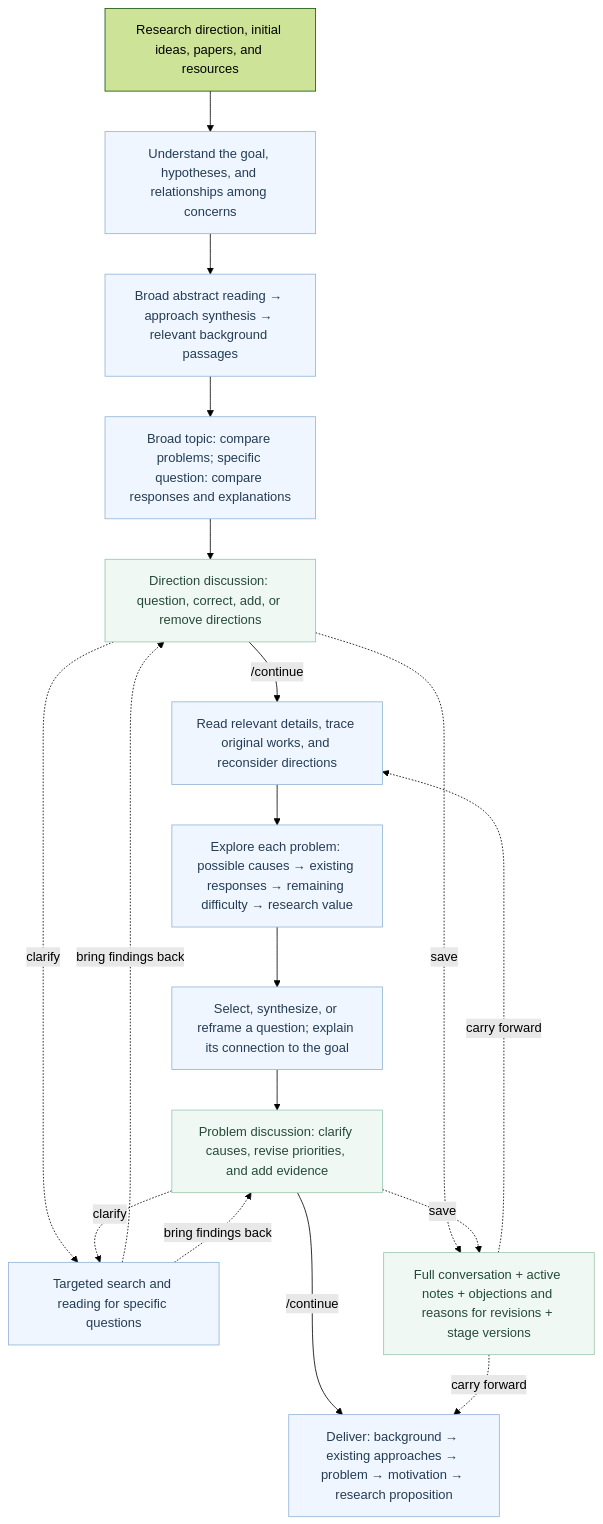
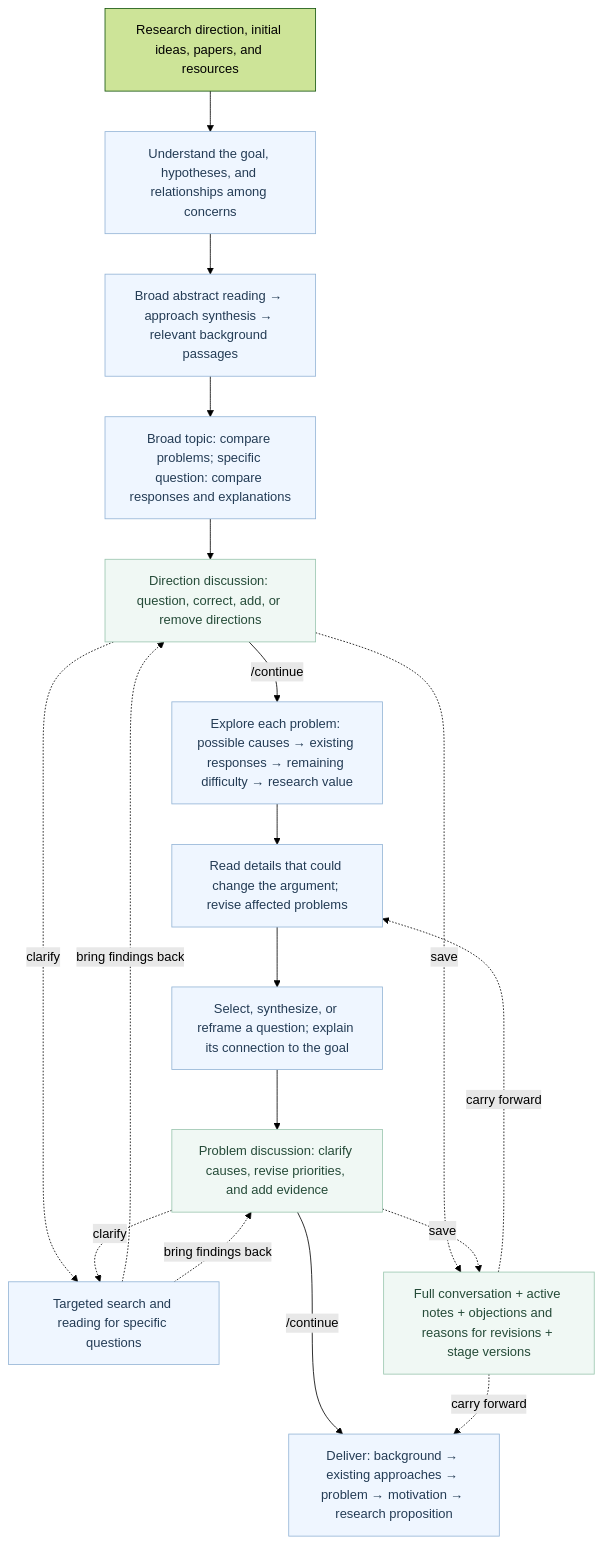
Before and after one commit to ghh1125/Research-idea: the diagram in README.md, drawn with Mermaid (forest theme). The commit also changed other lines of this file and 25 other files, not shown here.

Commit message:
Develop problem arguments before targeted reading and revise affected cases

````diff
--- a/README.md
+++ b/README.md
@@ -31,31 +31,31 @@
 ```mermaid
 flowchart TD
     U["Research direction, initial ideas, papers, and resources"]
     A["Broad abstract reading → approach synthesis → relevant background passages"]
     B["Broad topic: compare problems; specific question: compare responses and explanations"]
     D["Direction discussion: question, correct, add, or remove directions"]
-    C["Read relevant details, trace original works, and reconsider directions"]
+    C["Read details that could change the argument; revise affected problems"]
     X["Explore each problem: possible causes → existing responses → remaining difficulty → research value"]
     E["Select, synthesize, or reframe a question; explain its connection to the goal"]
     P["Problem discussion: clarify causes, revise priorities, and add evidence"]
     R["Targeted search and reading for specific questions"]
     O["Deliver: background → existing approaches → problem → motivation → research proposition"]
     M["Full conversation + active notes + objections and reasons for revisions + stage versions"]
     I["Understand the goal, hypotheses, and relationships among concerns"]
     U --> I --> A --> B --> D
-    D -->|/continue| C
-    C --> X --> E --> P
+    D -->|/continue| X
+    X --> C --> E --> P
     P -->|/continue| O
     D -.clarify.-> R
     P -.clarify.-> R
     R -.bring findings back.-> D
     R -.bring findings back.-> P
     D -.save.-> M
     P -.save.-> M
     M -.carry forward.-> C
     M -.carry forward.-> O
     classDef work fill:#eff6ff,stroke:#93b4d6,color:#243c55
     classDef discuss fill:#f0f8f4,stroke:#9ac6af,color:#254b38
     class I,A,B,C,X,E,R,O work
     class D,P,M discuss
 ```
````
